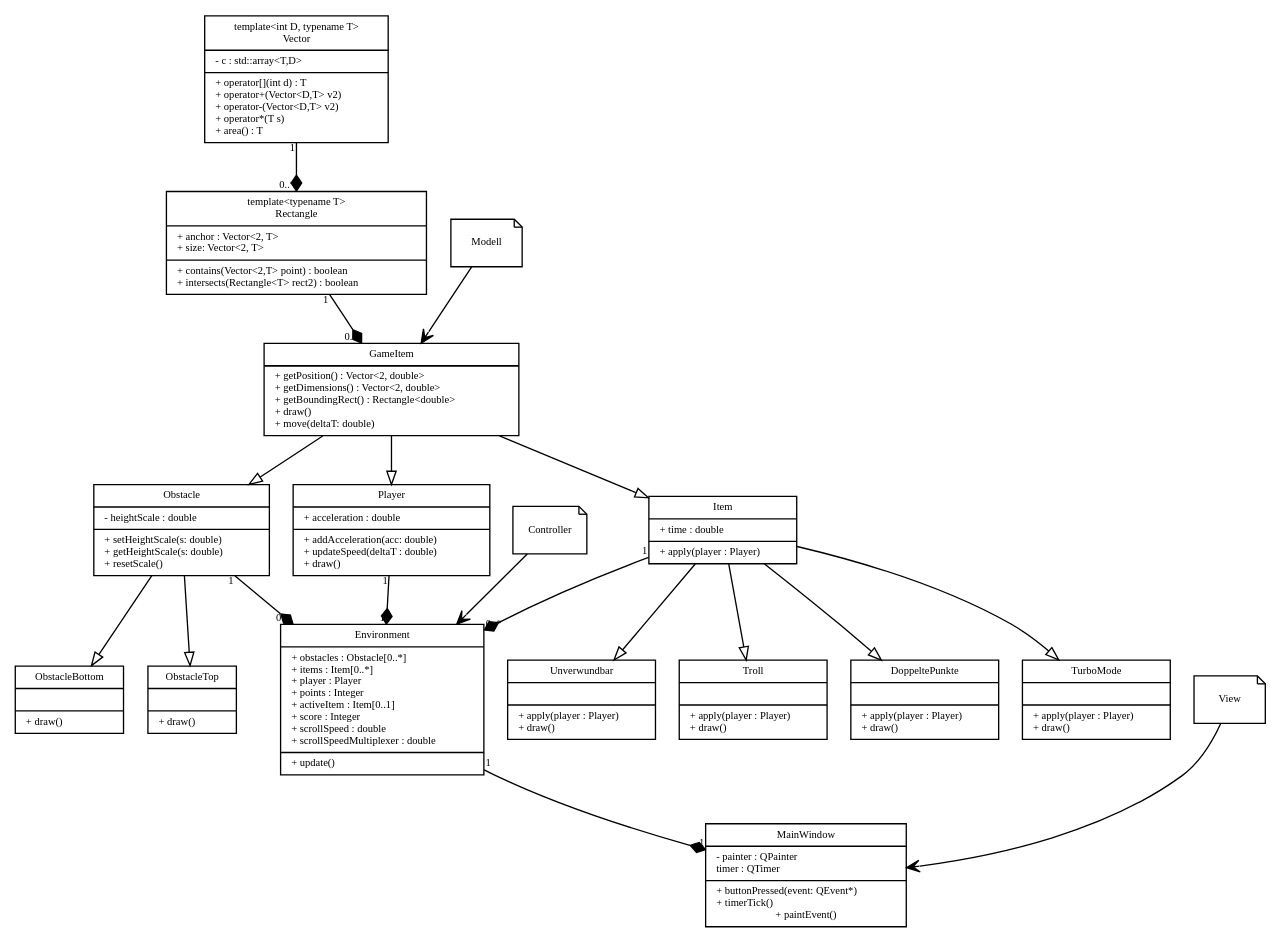
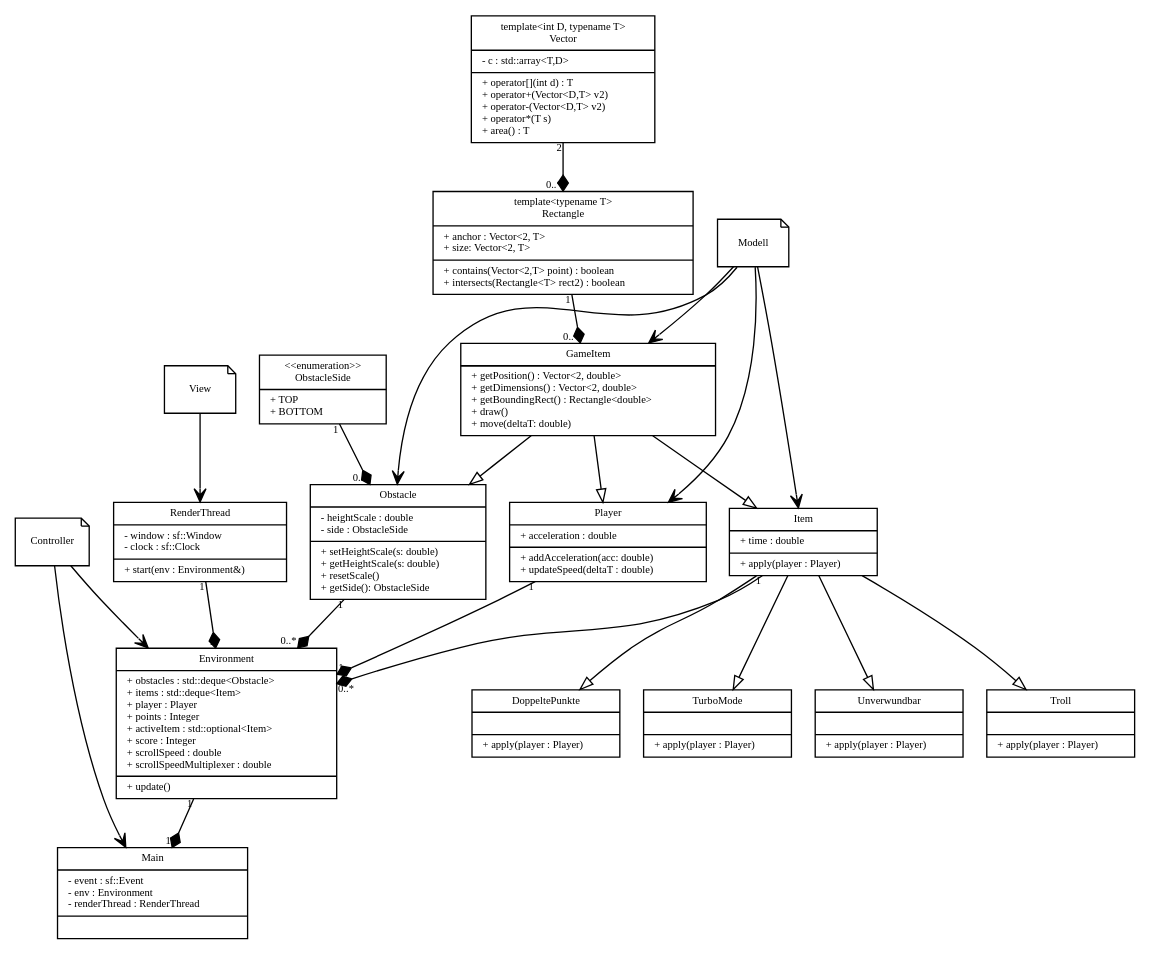
The diagram in Blatt04/klassendiagrammFlappyWizard.dot (aul12/SoPra), drawn with Graphviz before and after one commit. The commit also changed 2 other files, not shown here.

```diff
--- a/Blatt04/klassendiagrammFlappyWizard.dot
+++ b/Blatt04/klassendiagrammFlappyWizard.dot
@@ -1,147 +1,171 @@
 digraph G {
     // General Layout
     fontname = "Bitstream Vera Sans"
     fontsize = 8
 
     node [
         fontname = "Bitstream Vera Sans"
         fontsize = 8
         shape = "record"
     ]
 
     edge [
         fontname = "Bitstream Vera Sans"
         fontsize = 8
         arrowhead = "onormal"
     ]
 
     // Classes
-    MainWindow [
-        label = "{MainWindow|- painter : QPainter\ltimer : QTimer\l|+ buttonPressed(event: QEvent*)\l+ timerTick()\l+ paintEvent()}" 
+    RenderThread [
+        label = "{RenderThread|- window : sf::Window\l- clock : sf::Clock\l|+ start(env : Environment&)\l}"
+    ]
+
+    Main [
+        label = "{Main|- event : sf::Event\l- env : Environment\l- renderThread : RenderThread\l|}"
     ]
 
     Environment [
-        label = "{Environment|+ obstacles : Obstacle[0..*]\l+ items : Item[0..*]\l+ player : Player\l+ points : Integer\l+ activeItem : Item[0..1]\l+ score : Integer\l+ scrollSpeed : double\l+ scrollSpeedMultiplexer : double\l|+ update()\l}"
+        label = "{Environment|+ obstacles : std::deque\<Obstacle\>\l+ items : std::deque\<Item\>\l+ player : Player\l+ points : Integer\l+ activeItem : std::optional\<Item\>\l+ score : Integer\l+ scrollSpeed : double\l+ scrollSpeedMultiplexer : double\l|+ update()\l}"
     ]
 
     GameItem [
         label = "{GameItem|- boundingRect : Rectangle<double>\l- speed : Vector\<2, double\>\l|+ getPosition() : Vector\<2, double\>\l+ getDimensions() : Vector\<2, double\>\l+ getBoundingRect() : Rectangle\<double\>\l+ draw()\l+ move(deltaT: double)\l}"
     ]
     Obstacle [
-        label = "{Obstacle|- heightScale : double\l|+ setHeightScale(s: double)\l+ getHeightScale(s: double)\l+ resetScale()\l}"
+        label = "{Obstacle|- heightScale : double\l- side : ObstacleSide\l|+ setHeightScale(s: double)\l+ getHeightScale(s: double)\l+ resetScale()\l+ getSide(): ObstacleSide\l}"
     ]       
+
+    ObstacleSide [
+        label = "{\<\<enumeration\>\>\n ObstacleSide|+ TOP\l+ BOTTOM\l}"
+    ]
 
     Item [
         label = "{Item|+ time : double\l| + apply(player : Player)\l}"
     ]
 
     ItemTypeUnverwundbar [
-        label = "{Unverwundbar||+ apply(player : Player)\l+ draw()\l}"
+        label = "{Unverwundbar||+ apply(player : Player)\l}"
     ]
     ItemTypeTroll [
-        label = "{Troll||+ apply(player : Player)\l+ draw()\l}"
+        label = "{Troll||+ apply(player : Player)\l}"
     ]
     ItemTypeDoppeltePunkte [
-        label = "{DoppeltePunkte||+ apply(player : Player)\l+ draw()\l}"
+        label = "{DoppeltePunkte||+ apply(player : Player)\l}"
     ]
     ItemTypeTurboMode [
-        label = "{TurboMode||+ apply(player : Player)\l+ draw()\l}"
+        label = "{TurboMode||+ apply(player : Player)\l}"
     ]
 
     Player [
-        label = "{Player|+ acceleration : double\l|+ addAcceleration(acc: double)\l+ updateSpeed(deltaT : double)\l+ draw()\l}"
+        label = "{Player|+ acceleration : double\l|+ addAcceleration(acc: double)\l+ updateSpeed(deltaT : double)\l}"
     ]
     
-    ObstacleTop [
-        label = "{ObstacleBottom|| + draw()\l}"
-    ]
-    ObstacleBottom [
-        label = "{ObstacleTop|| + draw()\l}"
-    ]
-
     Rectangle [
         label = "{template\<typename T\>\nRectangle|+ anchor : Vector\<2, T\>\l+ size: Vector\<2, T\>\l|+ contains(Vector\<2,T\> point) : boolean\l+ intersects(Rectangle\<T\> rect2) : boolean\l}"
     ]
 
     Vector [
         label = "{template\<int D, typename T\>\nVector|- c : std::array\<T,D\>\l|+ operator[](int d) : T\l+ operator+(Vector\<D,T\> v2)\l+ operator-(Vector\<D,T\> v2)\l+ operator*(T s)\l+ area() : T\l}"
     ]
 
     // Connections
     GameItem -> Player
     GameItem -> Obstacle
     GameItem -> Item
     Item -> ItemTypeUnverwundbar
     Item -> ItemTypeTurboMode
     Item -> ItemTypeTroll
     Item -> ItemTypeDoppeltePunkte
-    Obstacle -> ObstacleBottom
-    Obstacle -> ObstacleTop
 
     Vector -> Rectangle [
         arrowhead = "diamond"
 
         headlabel = "0..*"
-        taillabel = "1"
+        taillabel = "2"
     ]
 
     Rectangle -> GameItem[
         arrowhead = "diamond"
 
         headlabel = "0..*"
         taillabel = "1"
     ] 
 
     Obstacle -> Environment[
         arrowhead = "diamond"
 
         headlabel = "0..*"
         taillabel = "1"
     ] 
     Item -> Environment[
         arrowhead = "diamond"
 
         headlabel = "0..*"
         taillabel = "1"
     ] 
 
     Player -> Environment[
         arrowhead = "diamond"
 
         headlabel = "1"
         taillabel = "1"
     ] 
 
-    Environment -> MainWindow[
+    RenderThread -> Environment [
         arrowhead = "diamond"
 
         headlabel = "1"
         taillabel = "1"
     ] 
+
+    ObstacleSide -> Obstacle[
+        arrowhead = "diamond"
+
+        headlabel = "0..*"
+        taillabel = "1"
+    ] 
+
+    Environment -> Main [
+        arrowhead = "diamond"
+
+        headlabel = "1"
+        taillabel = "1"
+    ] 
+
 
     // Notes
     Modell [
         shape = "note"
         label = "Modell"
     ]
     View [
         shape = "note"
         label = "View"
     ]
     Controller [
         shape = "note"
         label = "Controller"
     ]
 
-    View -> MainWindow [
+    View -> RenderThread [
         arrowhead = "vee"
     ]
-
     Controller -> Environment [
         arrowhead = "vee"
     ]
-
+    Controller -> Main [
+        arrowhead = "vee"
+    ]
     Modell -> GameItem [
         arrowhead = "vee"
     ]
+    Modell -> Obstacle [
+        arrowhead = "vee"
+    ]
+    Modell -> Item [
+        arrowhead = "vee"
+    ]
+    Modell -> Player [
+        arrowhead = "vee"
+    ]
 }    
```
